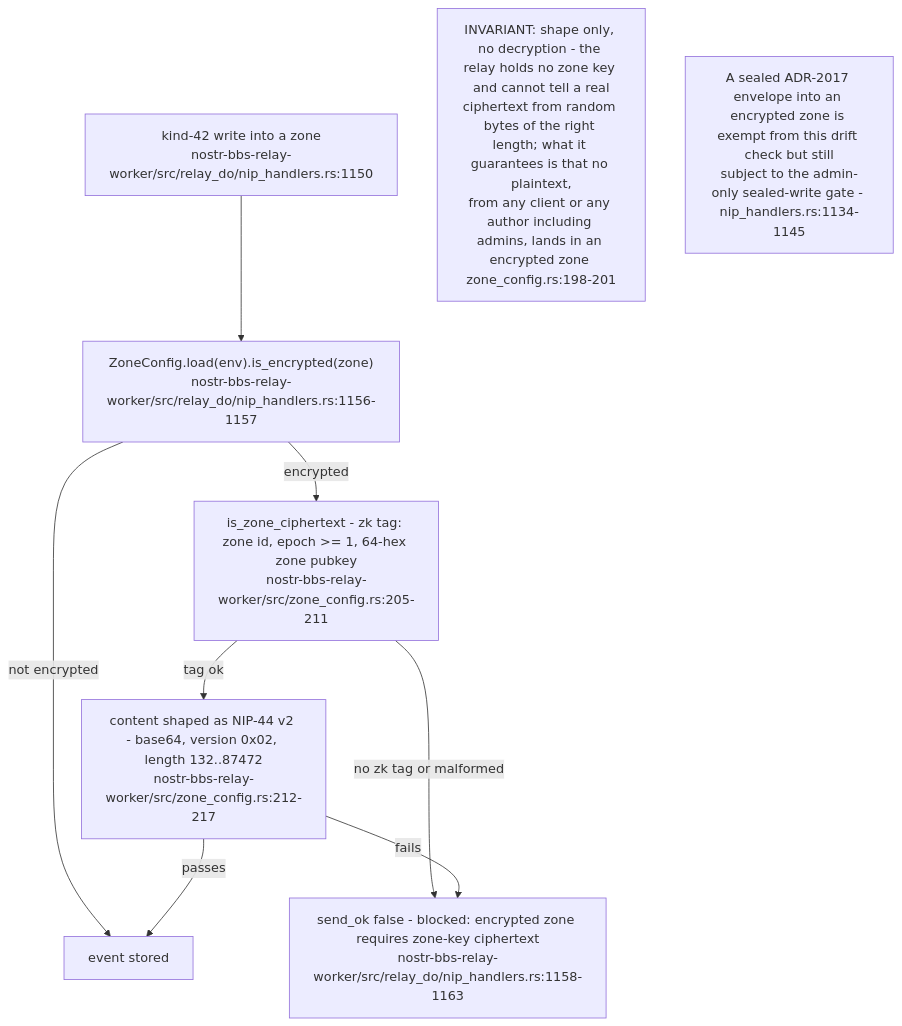
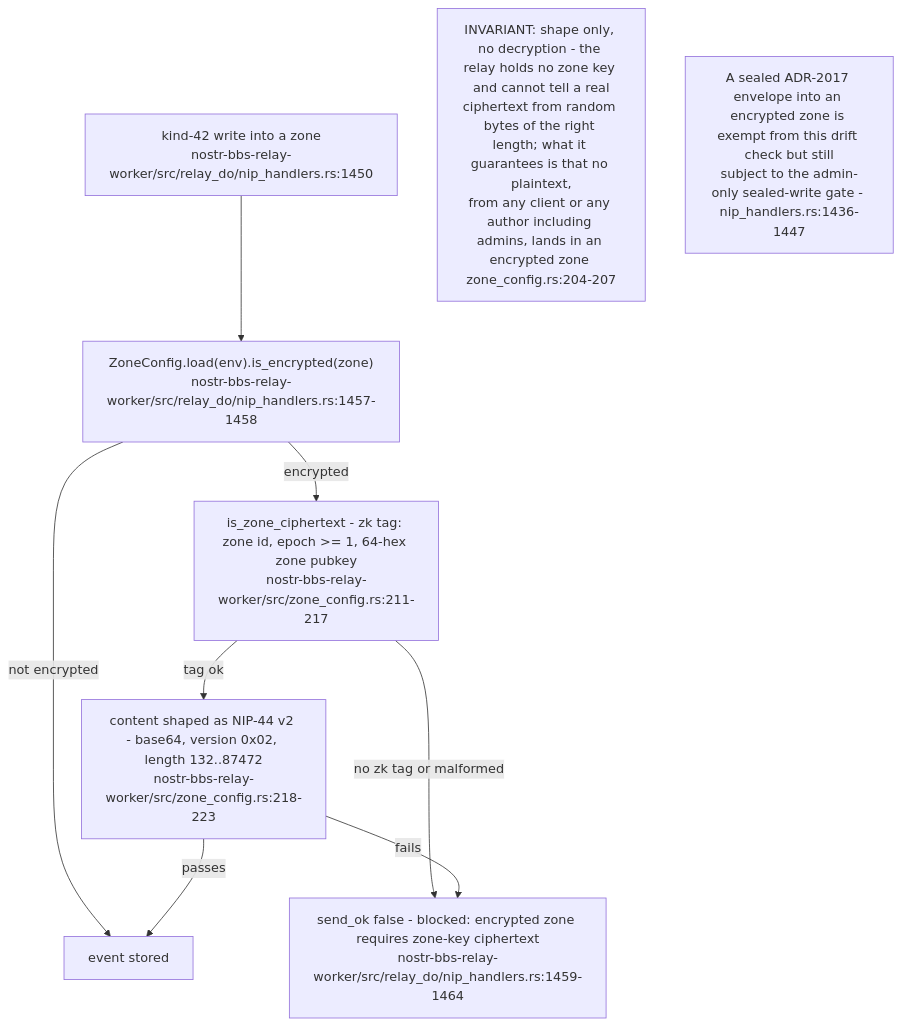
One commit to DreamLab-AI/VisionFlow changed the ninth of 9 diagrams in docs/diagrams/nostr-rust-forum/08-config-zones-stores-and-admin-authority.md. Above: the diagram before and after it, drawn with Mermaid. The commit also changed other lines of this file and 160 other files, not shown here.

````diff
--- a/docs/diagrams/nostr-rust-forum/08-config-zones-stores-and-admin-authority.md
+++ b/docs/diagrams/nostr-rust-forum/08-config-zones-stores-and-admin-authority.md
@@ -292,20 +299,20 @@
 ```mermaid
 flowchart TB
-    WRITE["kind-42 write into a zone<br/>nostr-bbs-relay-worker/src/relay_do/nip_handlers.rs:1150"]
-    LOOKUP["ZoneConfig.load(env).is_encrypted(zone)<br/>nostr-bbs-relay-worker/src/relay_do/nip_handlers.rs:1156-1157"]
-    TAGCHK["is_zone_ciphertext - zk tag: zone id, epoch >= 1, 64-hex zone pubkey<br/>nostr-bbs-relay-worker/src/zone_config.rs:205-211"]
-    SHAPECHK["content shaped as NIP-44 v2 - base64, version 0x02, length 132..87472<br/>nostr-bbs-relay-worker/src/zone_config.rs:212-217"]
-    REJECT["send_ok false - blocked: encrypted zone requires zone-key ciphertext<br/>nostr-bbs-relay-worker/src/relay_do/nip_handlers.rs:1158-1163"]
+    WRITE["kind-42 write into a zone<br/>nostr-bbs-relay-worker/src/relay_do/nip_handlers.rs:1450"]
+    LOOKUP["ZoneConfig.load(env).is_encrypted(zone)<br/>nostr-bbs-relay-worker/src/relay_do/nip_handlers.rs:1457-1458"]
+    TAGCHK["is_zone_ciphertext - zk tag: zone id, epoch >= 1, 64-hex zone pubkey<br/>nostr-bbs-relay-worker/src/zone_config.rs:211-217"]
+    SHAPECHK["content shaped as NIP-44 v2 - base64, version 0x02, length 132..87472<br/>nostr-bbs-relay-worker/src/zone_config.rs:218-223"]
+    REJECT["send_ok false - blocked: encrypted zone requires zone-key ciphertext<br/>nostr-bbs-relay-worker/src/relay_do/nip_handlers.rs:1459-1464"]
     ACCEPT["event stored"]
 
     WRITE --> LOOKUP
     LOOKUP -->|"encrypted"| TAGCHK
     LOOKUP -->|"not encrypted"| ACCEPT
     TAGCHK -->|"tag ok"| SHAPECHK
     TAGCHK -->|"no zk tag or malformed"| REJECT
     SHAPECHK -->|"passes"| ACCEPT
     SHAPECHK -->|"fails"| REJECT
 
-    N1["INVARIANT: shape only, no decryption - the relay holds no zone key and cannot tell a real<br/>ciphertext from random bytes of the right length; what it guarantees is that no plaintext,<br/>from any client or any author including admins, lands in an encrypted zone zone_config.rs:198-201"]
-    N2["A sealed ADR-2017 envelope into an encrypted zone is exempt from this drift check but still<br/>subject to the admin-only sealed-write gate - nip_handlers.rs:1134-1145"]
+    N1["INVARIANT: shape only, no decryption - the relay holds no zone key and cannot tell a real<br/>ciphertext from random bytes of the right length; what it guarantees is that no plaintext,<br/>from any client or any author including admins, lands in an encrypted zone zone_config.rs:204-207"]
+    N2["A sealed ADR-2017 envelope into an encrypted zone is exempt from this drift check but still<br/>subject to the admin-only sealed-write gate - nip_handlers.rs:1436-1447"]
 ```
````
